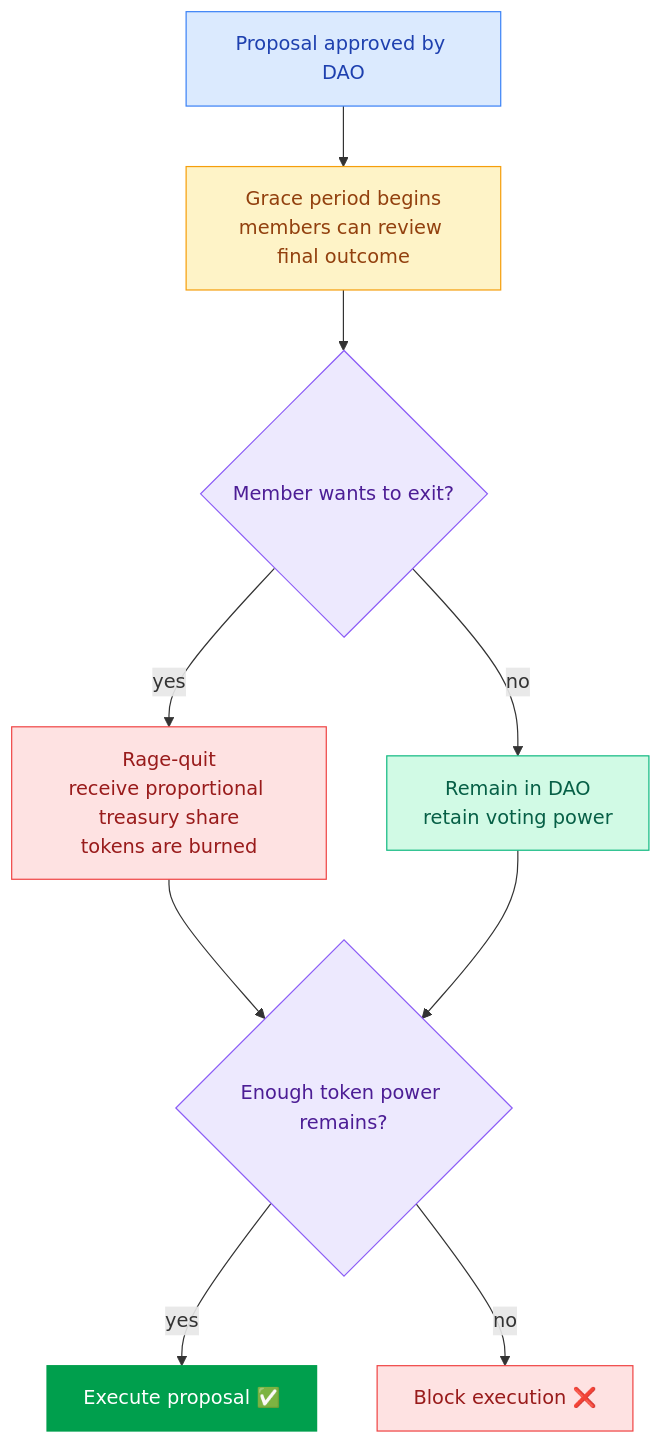
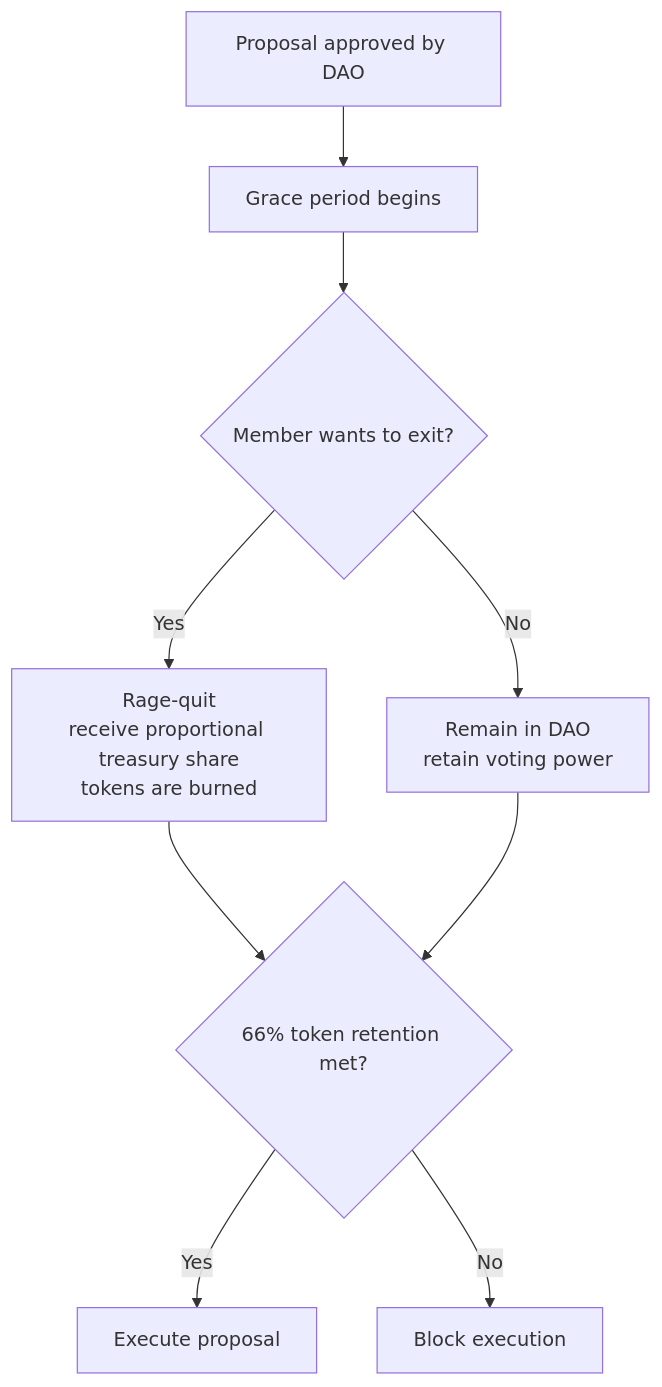
One commit to wasalo/Kokonut-Public-Site changed the second of 2 diagrams in ecosystem-wiki/the-kokonut-dao/kokonut-moloch-dao.mdx. Above: the diagram before and after it, drawn with Mermaid. The commit also changed other lines of this file, not shown here.

````diff
--- a/ecosystem-wiki/the-kokonut-dao/kokonut-moloch-dao.mdx
+++ b/ecosystem-wiki/the-kokonut-dao/kokonut-moloch-dao.mdx
@@ -92,31 +183,11 @@
 ```mermaid
 flowchart TD
-    A["Proposal approved by DAO"]
-    B["Grace period begins\nmembers can review final outcome"]
-    C{"Member wants to exit?"}
-
-    D["Rage-quit\nreceive proportional treasury share\ntokens are burned"]
-    E["Remain in DAO\nretain voting power"]
-
-    F{"Enough token power remains?"}
-    G["Execute proposal ✅"]
-    H["Block execution ❌"]
-
-    A --> B
-    B --> C
-    C -->|"yes"| D
-    C -->|"no"| E
-    D --> F
+    A["Proposal approved by DAO"] --> B["Grace period begins"]
+    B --> C{"Member wants to exit?"}
+    C -->|"Yes"| D["Rage-quit\nreceive proportional treasury share\ntokens are burned"]
+    C -->|"No"| E["Remain in DAO\nretain voting power"]
+    D --> F{"66% token retention met?"}
     E --> F
-    F -->|"yes"| G
-    F -->|"no"| H
-
-    style A fill:#dbeafe,stroke:#3b82f6,color:#1e40af
-    style B fill:#fef3c7,stroke:#f59e0b,color:#92400e
-    style C fill:#ede9fe,stroke:#8b5cf6,color:#4c1d95
-    style D fill:#fee2e2,stroke:#ef4444,color:#991b1b
-    style E fill:#d1fae5,stroke:#10b981,color:#065f46
-    style F fill:#ede9fe,stroke:#8b5cf6,color:#4c1d95
-    style G fill:#009F4D,stroke:#009F4D,color:#ffffff
-    style H fill:#fee2e2,stroke:#ef4444,color:#991b1b
+    F -->|"Yes"| G["Execute proposal"]
+    F -->|"No"| H["Block execution"]
 ```
````
